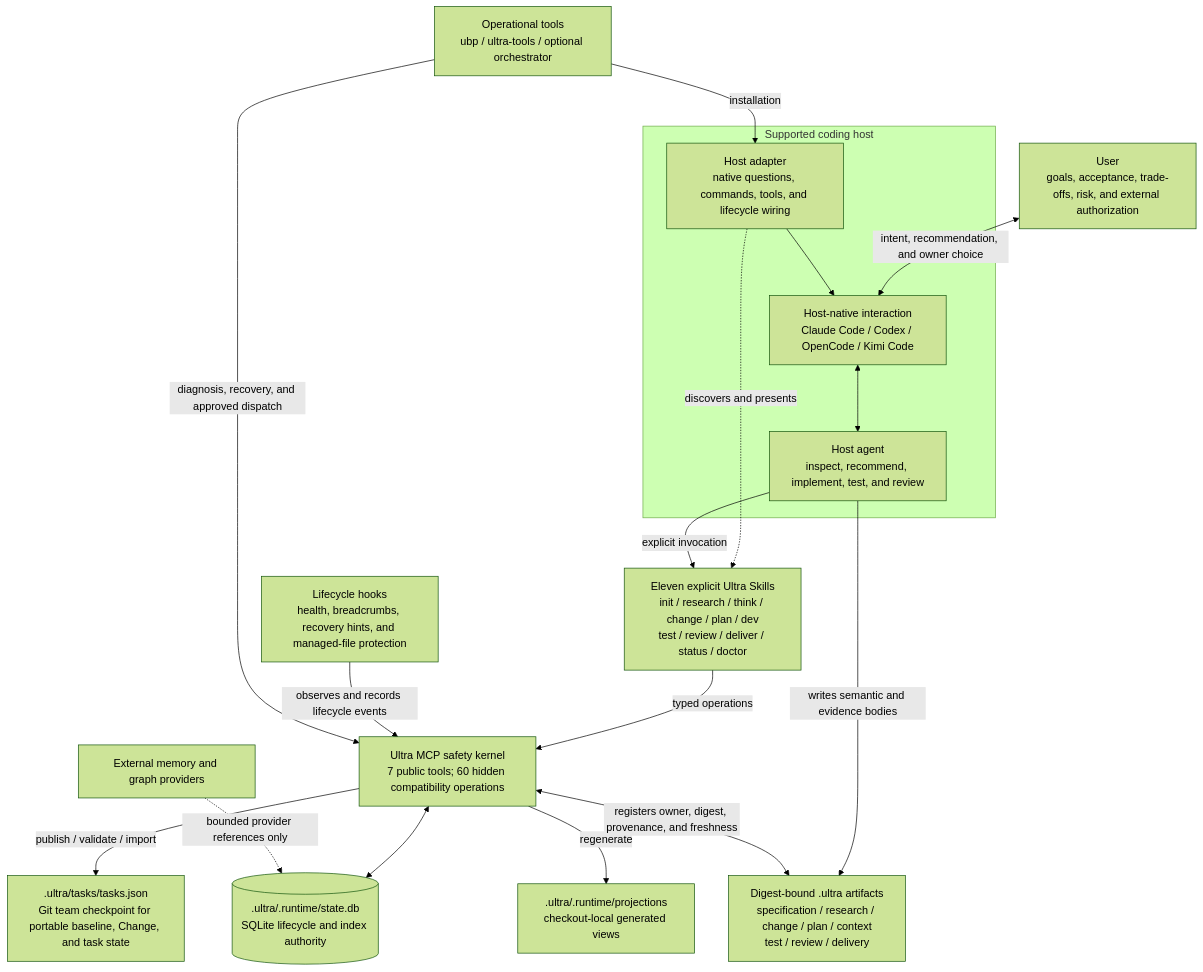
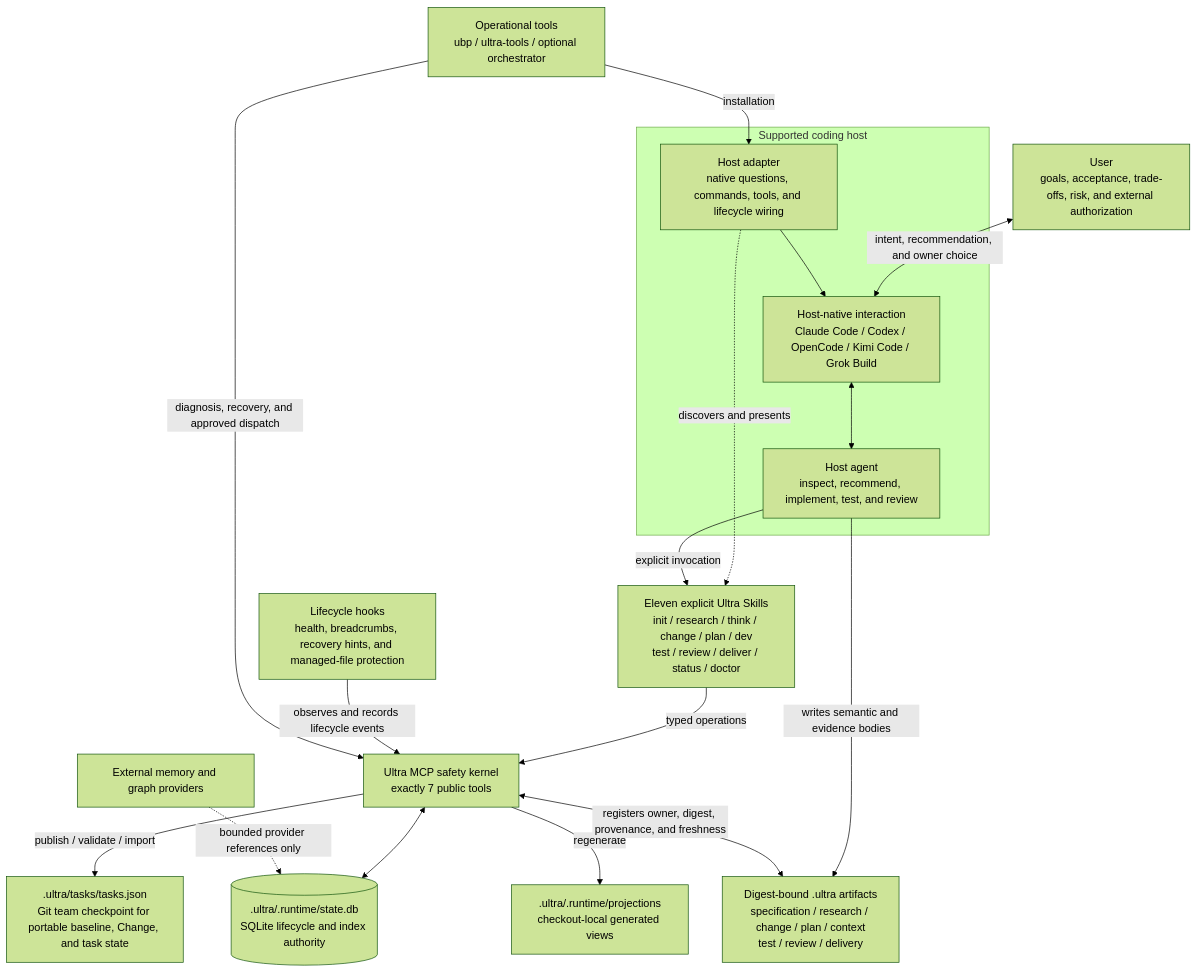
One commit to rocky2431/ultra-builder-pro-cli changed the first of 3 diagrams in README.md. Above: the diagram before and after it, drawn with Mermaid (forest theme). The commit also changed other lines of this file and 241 other files, not shown here.

````diff
--- a/README.md
+++ b/README.md
@@ -63,36 +63,36 @@
 ```mermaid
 flowchart TB
     U["User<br/>goals, acceptance, trade-offs, risk, and external authorization"]
 
     subgraph HOST["Supported coding host"]
-        UI["Host-native interaction<br/>Claude Code / Codex / OpenCode / Kimi Code"]
+        UI["Host-native interaction<br/>Claude Code / Codex / OpenCode / Kimi Code / Grok Build"]
         MODEL["Host agent<br/>inspect, recommend, implement, test, and review"]
         ADAPTER["Host adapter<br/>native questions, commands, tools, and lifecycle wiring"]
     end
 
     SKILLS["Eleven explicit Ultra Skills<br/>init / research / think / change / plan / dev<br/>test / review / deliver / status / doctor"]
-    MCP["Ultra MCP safety kernel<br/>7 public tools; 60 hidden compatibility operations"]
+    MCP["Ultra MCP safety kernel<br/>exactly 7 public tools"]
     DB[(".ultra/.runtime/state.db<br/>SQLite lifecycle and index authority")]
     LEDGER[".ultra/tasks/tasks.json<br/>Git team checkpoint for portable baseline, Change, and task state"]
     VIEWS[".ultra/.runtime/projections<br/>checkout-local generated views"]
     FILES["Digest-bound .ultra artifacts<br/>specification / research / change / plan / context<br/>test / review / delivery"]
     HOOKS["Lifecycle hooks<br/>health, breadcrumbs, recovery hints, and managed-file protection"]
     OPS["Operational tools<br/>ubp / ultra-tools / optional orchestrator"]
     EXTERNAL["External memory and graph providers"]
 
     U <-->|"intent, recommendation, and owner choice"| UI
     UI <--> MODEL
     ADAPTER --> UI
     ADAPTER -.->|"discovers and presents"| SKILLS
     MODEL -->|"explicit invocation"| SKILLS
     SKILLS -->|"typed operations"| MCP
     MCP <--> DB
     MCP -->|"publish / validate / import"| LEDGER
     MCP -->|"regenerate"| VIEWS
     MODEL -->|"writes semantic and evidence bodies"| FILES
     MCP <-->|"registers owner, digest, provenance, and freshness"| FILES
     HOOKS -->|"observes and records lifecycle events"| MCP
     OPS -->|"installation"| ADAPTER
     OPS -->|"diagnosis, recovery, and approved dispatch"| MCP
     EXTERNAL -.->|"bounded provider references only"| DB
 ```
````
